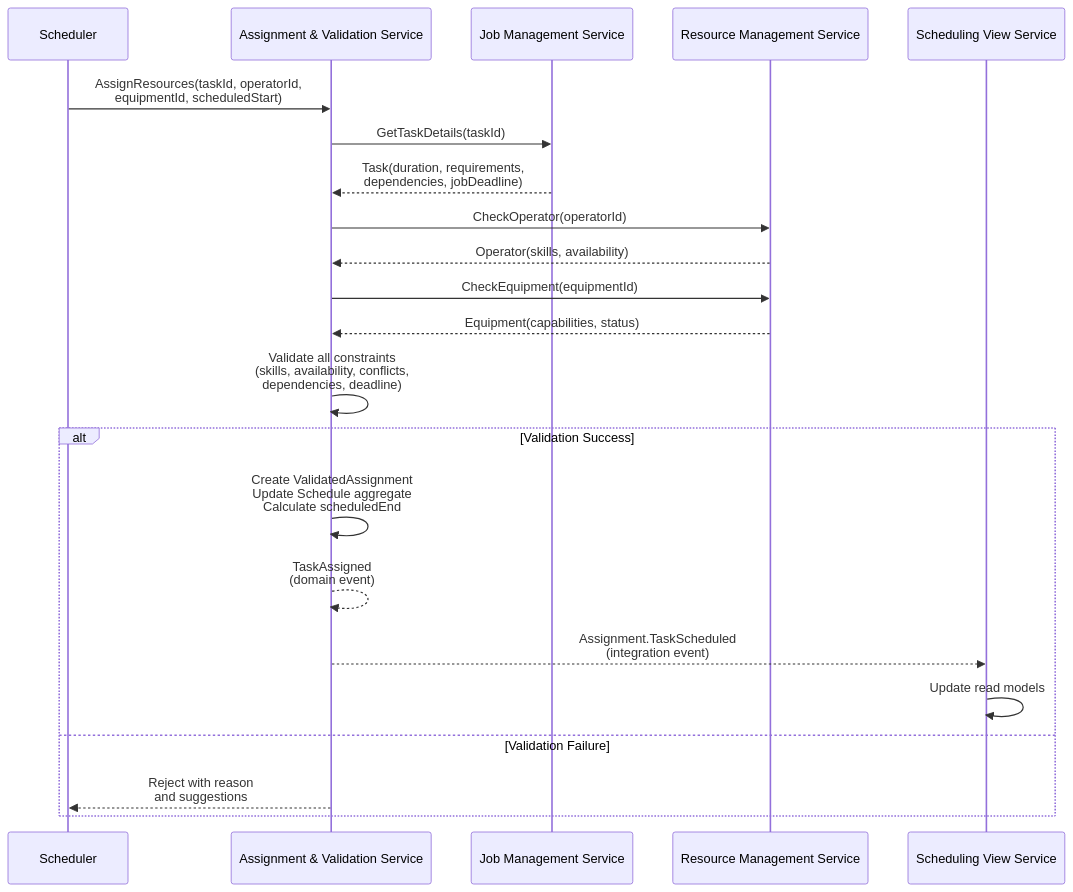
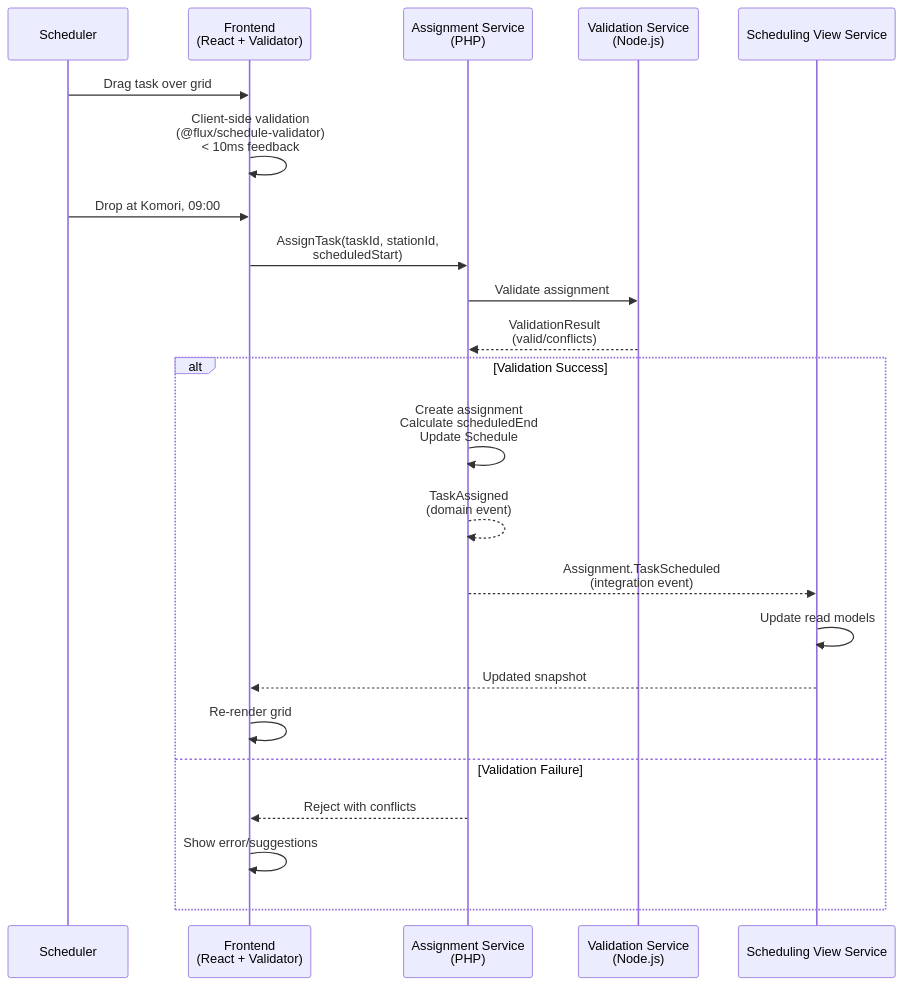
One commit to ikadar/ewlin changed the first of 8 diagrams in docs/architecture/sequence-design.md. Above: the diagram before and after it, drawn with Mermaid. The commit also changed other lines of this file and 3 other files, not shown here.

````diff
--- a/docs/architecture/sequence-design.md
+++ b/docs/architecture/sequence-design.md
@@ -58,25 +63,26 @@
 ```mermaid
 sequenceDiagram
     participant Scheduler
-    participant Assignment as Assignment & Validation Service
-    participant Job as Job Management Service
-    participant Resource as Resource Management Service
+    participant Frontend as Frontend<br>(React + Validator)
+    participant Assignment as Assignment Service<br>(PHP)
+    participant Validation as Validation Service<br>(Node.js)
     participant View as Scheduling View Service
 
-    Scheduler->>Assignment: AssignResources(taskId, operatorId,<br>equipmentId, scheduledStart)
-    Assignment->>Job: GetTaskDetails(taskId)
-    Job-->>Assignment: Task(duration, requirements,<br>dependencies, jobDeadline)
-    Assignment->>Resource: CheckOperator(operatorId)
-    Resource-->>Assignment: Operator(skills, availability)
-    Assignment->>Resource: CheckEquipment(equipmentId)
-    Resource-->>Assignment: Equipment(capabilities, status)
-    Assignment->>Assignment: Validate all constraints<br>(skills, availability, conflicts,<br>dependencies, deadline)
+    Scheduler->>Frontend: Drag task over grid
+    Frontend->>Frontend: Client-side validation<br>(@flux/schedule-validator)<br>< 10ms feedback
+    Scheduler->>Frontend: Drop at Komori, 09:00
+    Frontend->>Assignment: AssignTask(taskId, stationId,<br>scheduledStart)
+    Assignment->>Validation: Validate assignment
+    Validation-->>Assignment: ValidationResult<br>(valid/conflicts)
     alt Validation Success
-        Assignment->>Assignment: Create ValidatedAssignment<br>Update Schedule aggregate<br>Calculate scheduledEnd
+        Assignment->>Assignment: Create assignment<br>Calculate scheduledEnd<br>Update Schedule
         Assignment-->>Assignment: TaskAssigned<br>(domain event)
         Assignment-->>View: Assignment.TaskScheduled<br>(integration event)
         View->>View: Update read models
+        View-->>Frontend: Updated snapshot
+        Frontend->>Frontend: Re-render grid
     else Validation Failure
-        Assignment-->>Scheduler: Reject with reason<br>and suggestions
+        Assignment-->>Frontend: Reject with conflicts
+        Frontend->>Frontend: Show error/suggestions
     end
 ```
````
